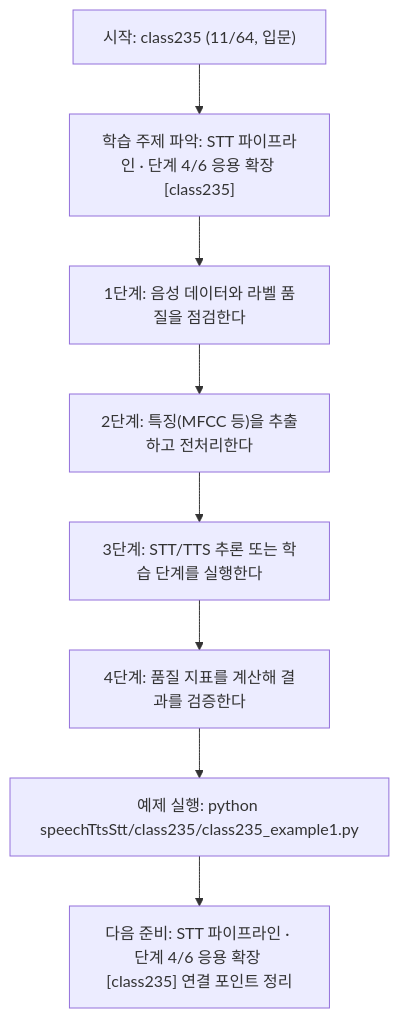
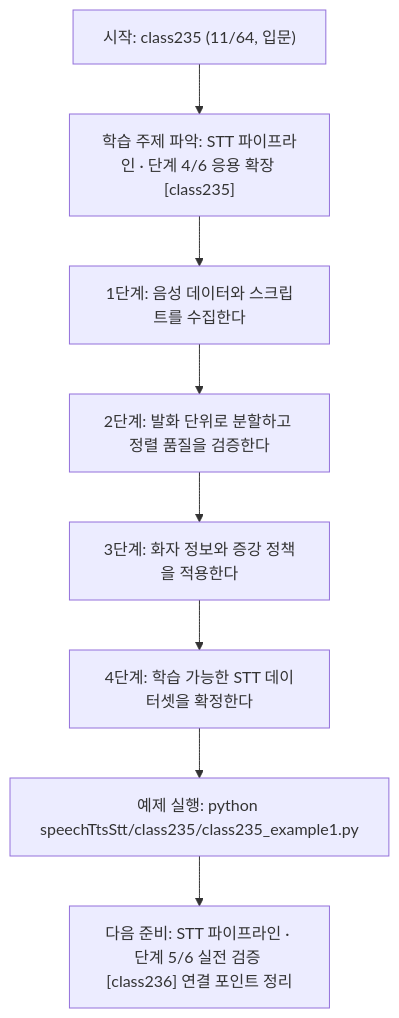
Before and after one commit to edumgt/Python-AI_Agent-Class: the diagram in speechTtsStt/class235/class235.md, drawn with Mermaid. The commit also changed other lines of this file and 1122 other files, not shown here.

````diff
--- a/speechTtsStt/class235/class235.md
+++ b/speechTtsStt/class235/class235.md
@@ -113,18 +95,18 @@
 ```mermaid
 flowchart TD
 N1["시작: class235 (11/64, 입문)"]
 N2["학습 주제 파악: STT 파이프라인 · 단계 4/6 응용 확장 [class235]"]
-N3["1단계: 음성 데이터와 라벨 품질을 점검한다"]
-N4["2단계: 특징(MFCC 등)을 추출하고 전처리한다"]
-N5["3단계: STT/TTS 추론 또는 학습 단계를 실행한다"]
-N6["4단계: 품질 지표를 계산해 결과를 검증한다"]
+N3["1단계: 음성 데이터와 스크립트를 수집한다"]
+N4["2단계: 발화 단위로 분할하고 정렬 품질을 검증한다"]
+N5["3단계: 화자 정보와 증강 정책을 적용한다"]
+N6["4단계: 학습 가능한 STT 데이터셋을 확정한다"]
 N7["예제 실행: python speechTtsStt/class235/class235_example1.py"]
-N8["다음 준비: STT 파이프라인 · 단계 4/6 응용 확장 [class235] 연결 포인트 정리"]
+N8["다음 준비: STT 파이프라인 · 단계 5/6 실전 검증 [class236] 연결 포인트 정리"]
 N1 --> N2
 N2 --> N3
 N3 --> N4
 N4 --> N5
 N5 --> N6
 N6 --> N7
 N7 --> N8
 ```
````
